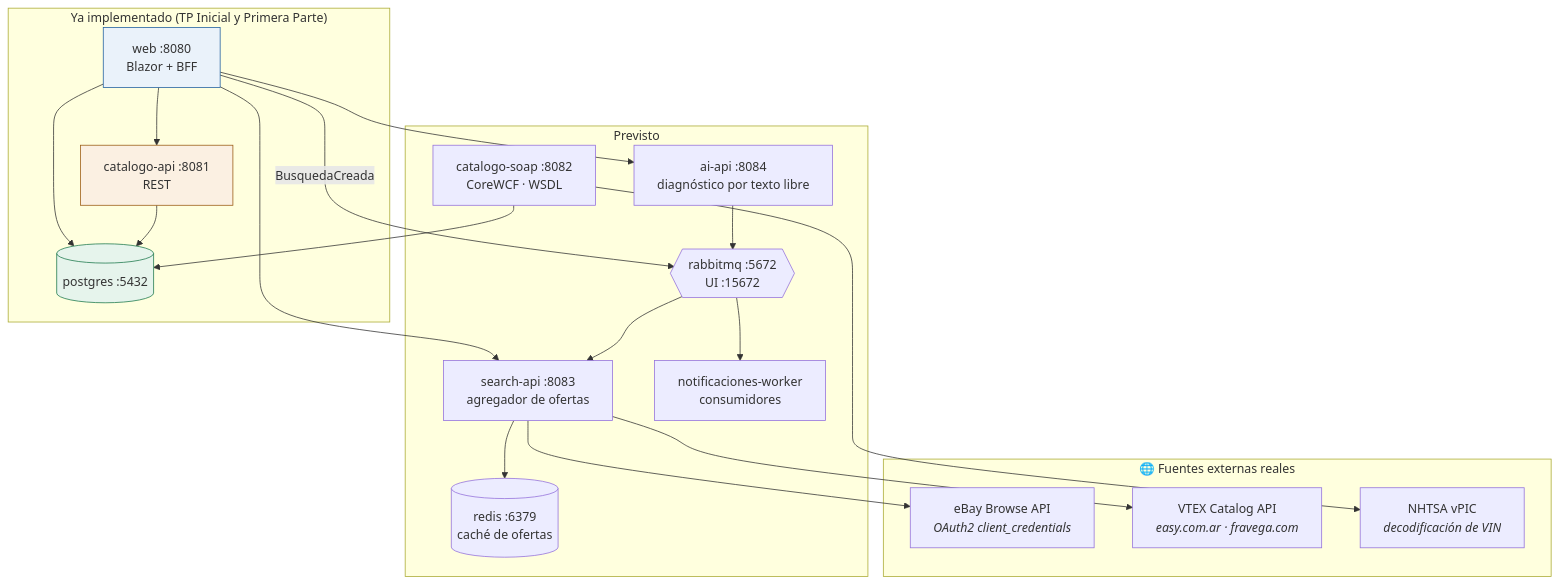
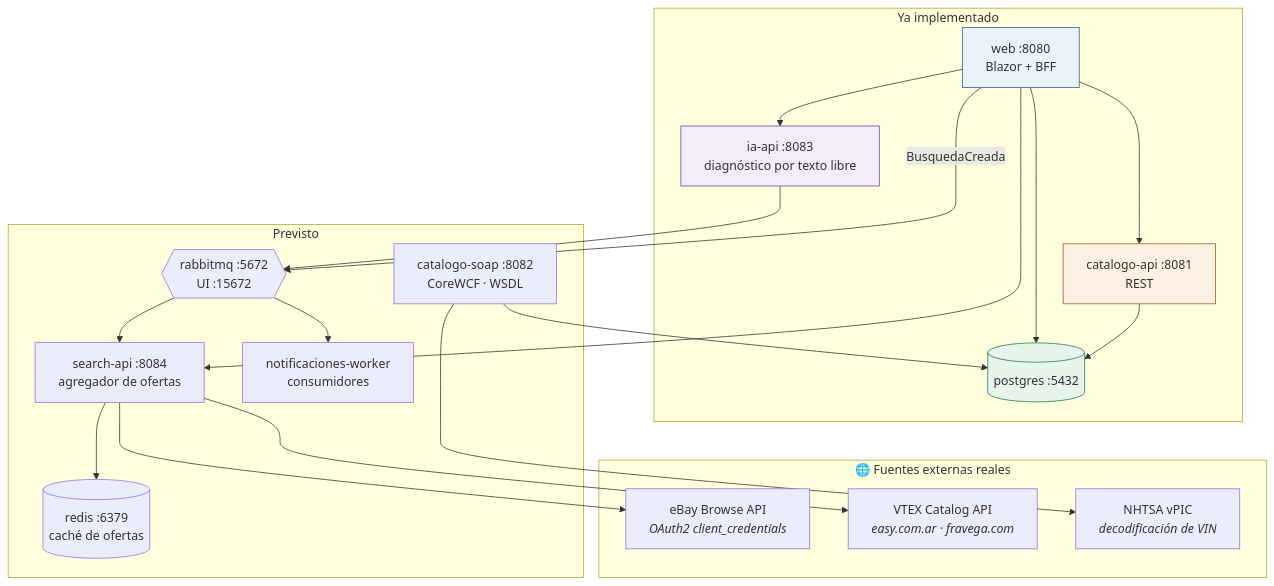
The second of 2 diagrams in docs/diagramas/despliegue.md (lfb-00/tp-apps-2), drawn with Mermaid before and after one commit. The commit also changed other lines of this file and 61 other files, not shown here.

````diff
--- a/docs/diagramas/despliegue.md
+++ b/docs/diagramas/despliegue.md
@@ -78,42 +96,43 @@
 ```mermaid
 flowchart TB
-    subgraph implementado["Ya implementado (TP Inicial y Primera Parte)"]
+    subgraph implementado["Ya implementado"]
         W["web :8080<br/>Blazor + BFF"]
         A["catalogo-api :8081<br/>REST"]
+        IA["ia-api :8083<br/>diagnóstico por texto libre"]
         P[("postgres :5432")]
     end
 
     subgraph previsto["Previsto"]
-        S["search-api :8083<br/>agregador de ofertas"]
+        S["search-api :8084<br/>agregador de ofertas"]
         SOAP["catalogo-soap :8082<br/>CoreWCF · WSDL"]
-        IA["ai-api :8084<br/>diagnóstico por texto libre"]
         WK["notificaciones-worker<br/>consumidores"]
         MQ{{"rabbitmq :5672<br/>UI :15672"}}
         R[("redis :6379<br/>caché de ofertas")]
     end
 
     subgraph externo["🌐 Fuentes externas reales"]
         EB["eBay Browse API<br/><i>OAuth2 client_credentials</i>"]
         VT["VTEX Catalog API<br/><i>easy.com.ar · fravega.com</i>"]
         VP["NHTSA vPIC<br/><i>decodificación de VIN</i>"]
     end
 
     W --> A
     W --> S
     W --> IA
     W --> P
     A --> P
     S --> R
     S --> EB
     S --> VT
     SOAP --> P
     SOAP --> VP
     IA --> MQ
     W -- "BusquedaCreada" --> MQ
     MQ --> WK
     MQ --> S
 
     style W fill:#eaf2fa,stroke:#1f5f9e
     style A fill:#fbf0e2,stroke:#9a5b13
+    style IA fill:#f3ecfa,stroke:#6b3fa0
     style P fill:#e6f4ec,stroke:#1f7a4d
 ```
````
